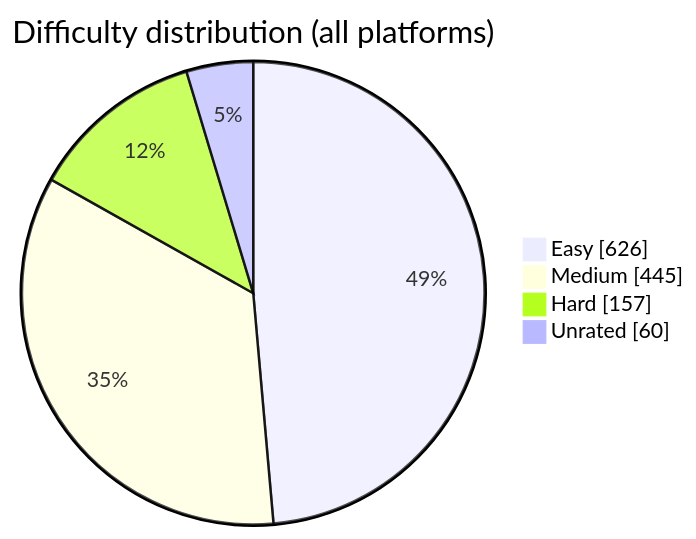
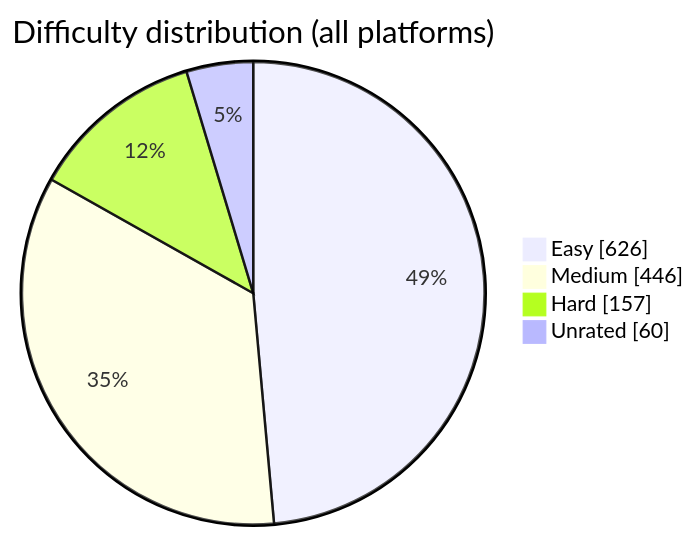
One commit to BuildbyArindam/Daily-Coding-Log changed the diagram in README.md. Above: the diagram before and after it, drawn with Mermaid. The commit also changed other lines of this file, not shown here.

````diff
--- a/README.md
+++ b/README.md
@@ -93,7 +93,7 @@
 ```mermaid
 pie showData title Difficulty distribution (all platforms)
     "Easy" : 626
-    "Medium" : 445
+    "Medium" : 446
     "Hard" : 157
     "Unrated" : 60
 ```
````
